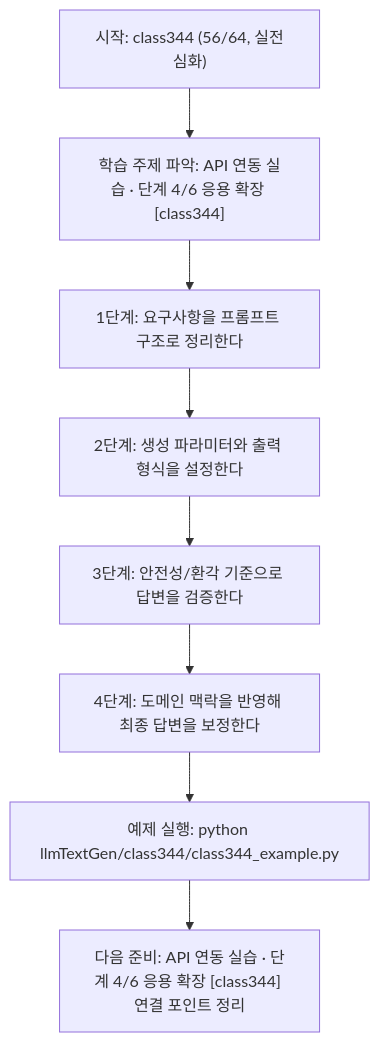
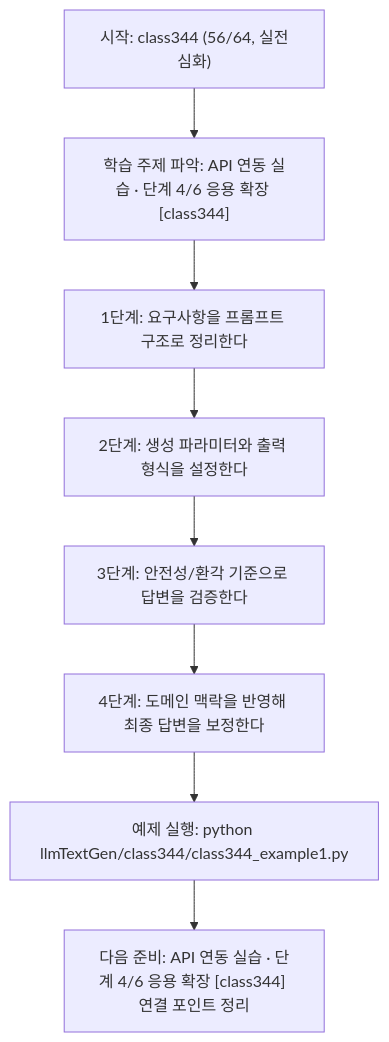
Before and after one commit to edumgt/Python-AI_Agent-Class: the diagram in llmTextGen/class344/class344.md, drawn with Mermaid. The commit also changed other lines of this file and 2959 other files, not shown here.

````diff
--- a/llmTextGen/class344/class344.md
+++ b/llmTextGen/class344/class344.md
@@ -114,18 +114,18 @@
 ```mermaid
 flowchart TD
 N1["시작: class344 (56/64, 실전심화)"]
 N2["학습 주제 파악: API 연동 실습 · 단계 4/6 응용 확장 [class344]"]
 N3["1단계: 요구사항을 프롬프트 구조로 정리한다"]
 N4["2단계: 생성 파라미터와 출력 형식을 설정한다"]
 N5["3단계: 안전성/환각 기준으로 답변을 검증한다"]
 N6["4단계: 도메인 맥락을 반영해 최종 답변을 보정한다"]
-N7["예제 실행: python llmTextGen/class344/class344_example.py"]
+N7["예제 실행: python llmTextGen/class344/class344_example1.py"]
 N8["다음 준비: API 연동 실습 · 단계 4/6 응용 확장 [class344] 연결 포인트 정리"]
 N1 --> N2
 N2 --> N3
 N3 --> N4
 N4 --> N5
 N5 --> N6
 N6 --> N7
 N7 --> N8
 ```
````
